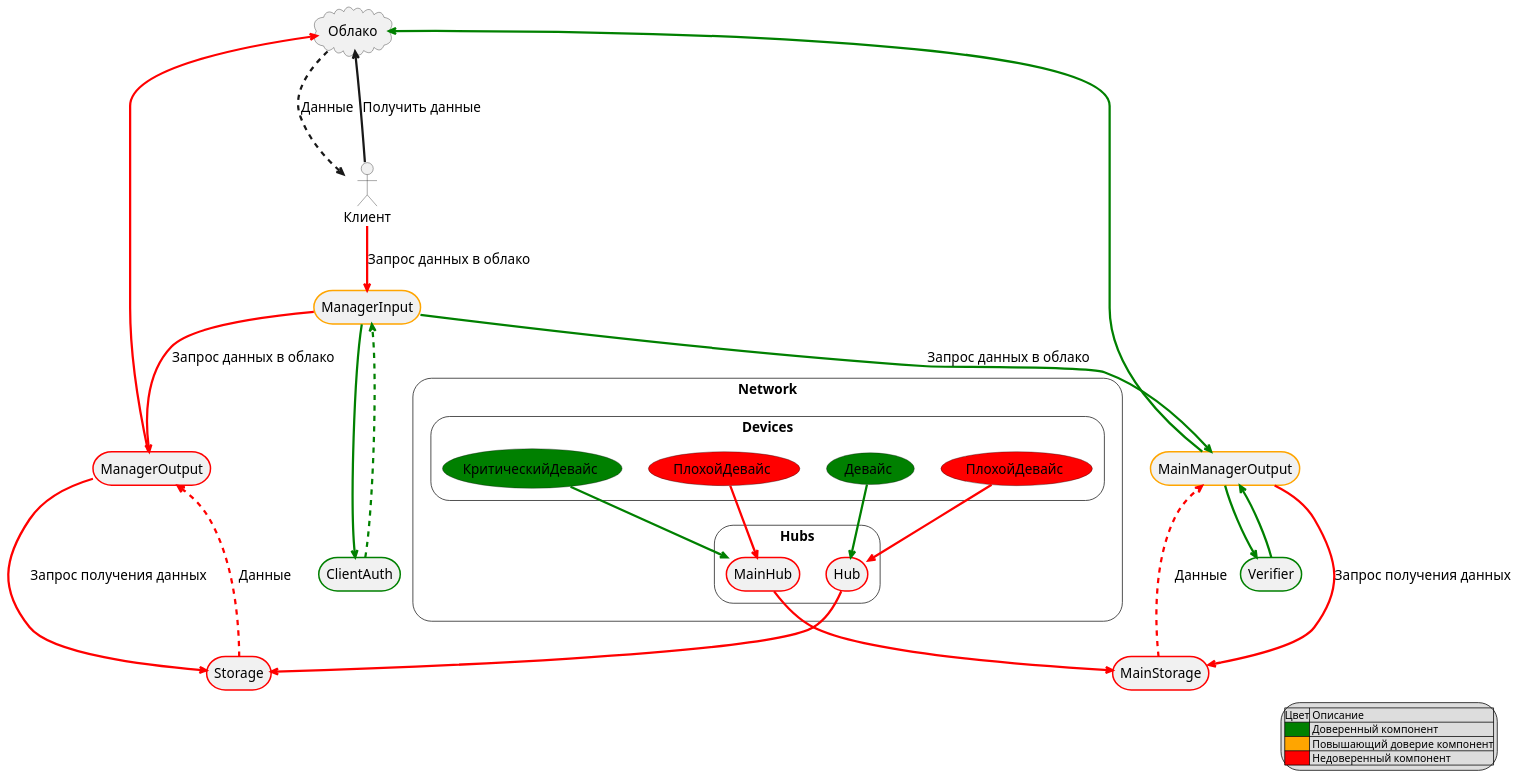
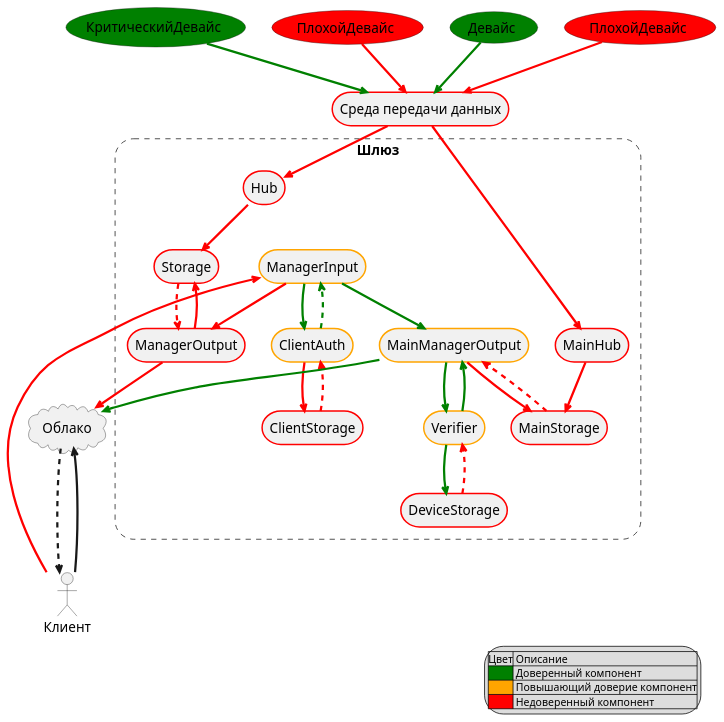
Before and after one commit to SPBU-gateway/artefacts: the diagram in diagrams/politic-v-0-03/new-colored-architectory.puml, drawn with PlantUML. The commit also changed 5 other files, not shown here.

Commit message:
Refactor architecture and scenaries

```diff
--- a/diagrams/politic-v-0-03/new-colored-architectory.puml
+++ b/diagrams/politic-v-0-03/new-colored-architectory.puml
@@ -1,69 +1,83 @@
 @startuml
 
 skinparam arrowthickness 3
 skinparam defaultFontName Arial
 skinparam defaultFontSize 18
 skinparam roundCorner 50
 
 legend right
     |Цвет| Описание |
     |<#green>| Доверенный компонент|
     |<#orange>| Повышающий доверие компонент|
     |<#red>| Недоверенный компонент|
 endlegend
 
 cloud Облако as cloud
 actor Клиент as user
 
-rectangle ManagerInput as in #line:Orange;line.bold
-rectangle ClientAuth as auth2 #line:green;line.bold
 
-rectangle Verifier as verifier #line:Green;line.bold
-rectangle MainManagerOutput as mainOut #line:Orange;line.bold
-rectangle MainStorage as mainStorage #line:red;line.bold
+rectangle "Шлюз" #line.dashed{
+    
 
-rectangle ManagerOutput as out #line:Red;line.bold
-rectangle Storage as storage #line:red;line.bold
+    rectangle Hub as hub #line:Red;line.bold
+    rectangle ManagerOutput as out #line:Red;line.bold
+    rectangle Storage as storage #line:red;line.bold
 
-rectangle Network{
+    rectangle ClientStorage as cs #line:red;line.bold
+    rectangle ClientAuth as auth2 #line:Orange;line.bold
 
-    rectangle Devices{
-        (КритическийДевайс) as mainDevice #green
-        (ПлохойДевайс) as angryDevice2 #red
-        (Девайс) as device #green
-        (ПлохойДевайс) as angryDevice1 #red
-    }
+    rectangle ManagerInput as in #line:Orange;line.bold
 
-    rectangle Hubs{
-        rectangle Hub as hub #line:Red;line.bold
-        rectangle MainHub as mainHub #line:Red;line.bold
-    }
+    rectangle Verifier as verifier #line:Orange;line.bold
+    rectangle DeviceStorage as ds #line:red;line.bold
+    rectangle MainManagerOutput as mainOut #line:Orange;line.bold
+    rectangle MainStorage as mainStorage #line:red;line.bold
+    rectangle MainHub as mainHub #line:Red;line.bold
+} 
 
-    angryDevice2 -[#Red]-> mainHub
-    mainDevice -[#green]-> mainHub
-    mainHub --[#Red]> mainStorage
 
-    device -[#green]-> hub
-    angryDevice1 -[#Red]-> hub
-    hub --[#Red]> storage
-}
+    (КритическийДевайс) as mainDevice #green
+    (ПлохойДевайс) as angryDevice2 #red
+    (Девайс) as device #green
+    (ПлохойДевайс) as angryDevice1 #red
 
-user -[#red]-> in: Запрос данных в облако
+    rectangle "Среда передачи данных" as net #line:Red;line.bold
+
+    angryDevice2 -[#Red]-> net
+    mainDevice -[#green]-> net
+    net -[#red]-> mainHub
+
+
+    device -[#green]-> net
+    angryDevice1 -[#Red]-> net
+    net -[#red]-> hub
+
+
+
+mainHub --[#Red]> mainStorage
+hub --[#Red]> storage
+user -[#red]-> in
 in -[#Green]-> auth2
-auth2 -.[#Green].>in
-in --[#Green]> mainOut: Запрос данных в облако
-mainOut --[#Red]> mainStorage: Запрос получения данных
-mainStorage -.[#Red].> mainOut: Данные
+auth2 -[#Red]-> cs
+cs .[#Red].> auth2
+auth2 .[#Green].>in
+in --[#Green]> mainOut
+mainOut --[#Red]> mainStorage
+mainStorage .[#Red].> mainOut
 mainOut --[#Green]> cloud
 mainOut --[#Green]> verifier
+verifier --[#Green]> ds
+ds .[#Red].> verifier
 verifier --[#Green]> mainOut
 
-user --> cloud : Получить данные
-cloud -..> user : Данные
+user --> cloud
+cloud -..> user
 
-in --[#Red]> out : Запрос данных в облако
-out --[#Red]> storage : Запрос получения данных
-storage -.[#Red].> out : Данные
+in --[#Red]> out
+out --[#Red]> storage
+storage .[#Red].> out
 out --[#Red]> cloud
 
+
+
 @endumls
```
